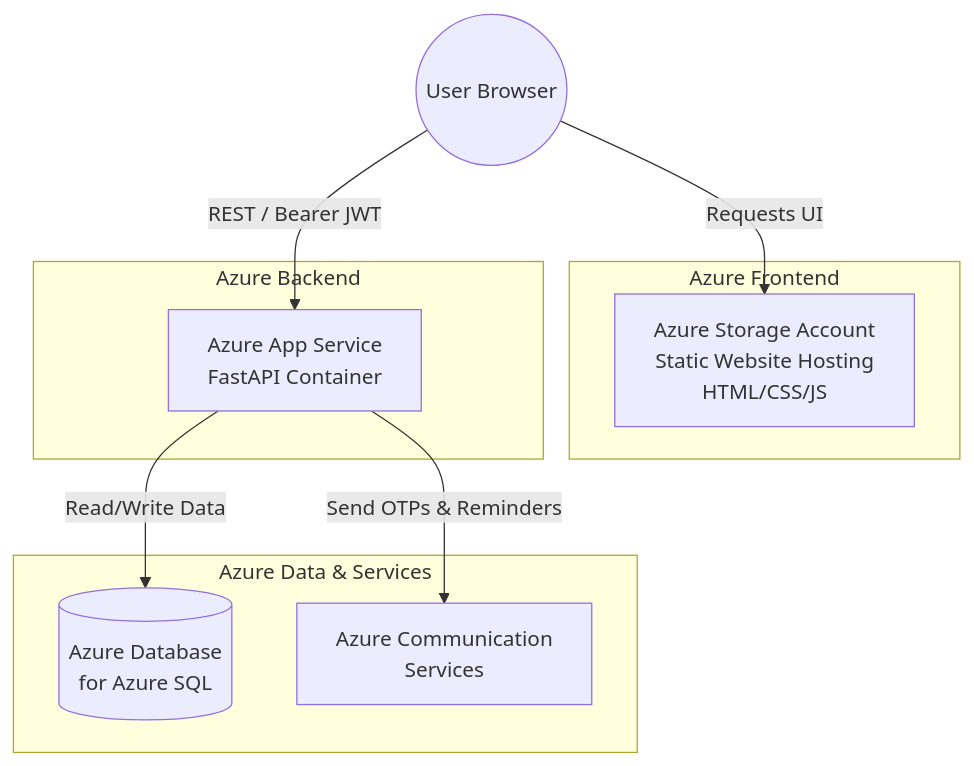
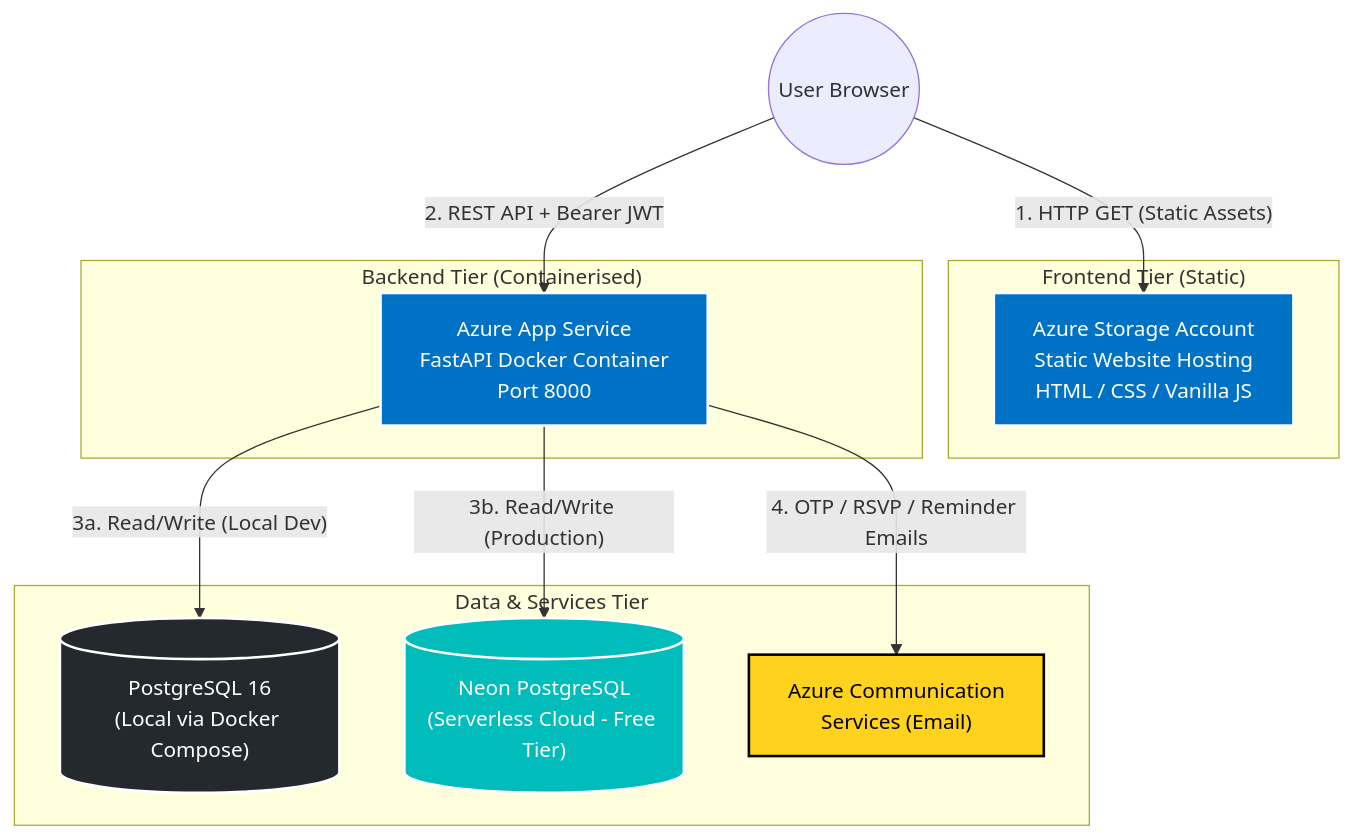
Before and after one commit to Dhruv-Puri/2nd-year-Internship: the diagram in README.md, drawn with Mermaid. The commit also changed other lines of this file, not shown here.

````diff
--- a/README.md
+++ b/README.md
@@ -43,19 +35,30 @@
 ```mermaid
 graph TD
+    %% Define Styles
+    classDef azure fill:#0072C6,stroke:#fff,stroke-width:2px,color:#fff;
+    classDef db fill:#00bcba,stroke:#fff,stroke-width:2px,color:#fff;
+    classDef local fill:#24292e,stroke:#fff,stroke-width:2px,color:#fff;
+    classDef acs fill:#FFD21E,stroke:#000,stroke-width:2px,color:#000;
+
     User((User Browser))
-    subgraph Azure Frontend
-        SWA[Azure Storage Account<br/>Static Website Hosting<br/>HTML/CSS/JS]
-    end
-    subgraph Azure Backend
-        API[Azure App Service<br/>FastAPI Container]
-    end
-    subgraph Azure Data & Services
-        DB[(Azure Database<br/>for Azure SQL)]
-        ACS[Azure Communication<br/>Services]
+
+    subgraph "Frontend Tier (Static)"
+        SWA["Azure Storage Account<br/>Static Website Hosting<br/>HTML / CSS / Vanilla JS"]:::azure
     end
 
-    User -->|Requests UI| SWA
-    User -->|REST / Bearer JWT| API
-    API -->|Read/Write Data| DB
-    API -->|Send OTPs & Reminders| ACS
+    subgraph "Backend Tier (Containerised)"
+        API["Azure App Service<br/>FastAPI Docker Container<br/>Port 8000"]:::azure
+    end
+
+    subgraph "Data & Services Tier"
+        DB_LOCAL[("PostgreSQL 16<br/>(Local via Docker Compose)")]:::local
+        DB_CLOUD[("Neon PostgreSQL<br/>(Serverless Cloud - Free Tier)")]:::db
+        ACS["Azure Communication<br/>Services (Email)"]:::acs
+    end
+
+    User -->|"1. HTTP GET (Static Assets)"| SWA
+    User -->|"2. REST API + Bearer JWT"| API
+    API -->|"3a. Read/Write (Local Dev)"| DB_LOCAL
+    API -->|"3b. Read/Write (Production)"| DB_CLOUD
+    API -->|"4. OTP / RSVP / Reminder Emails"| ACS
 ```
````
